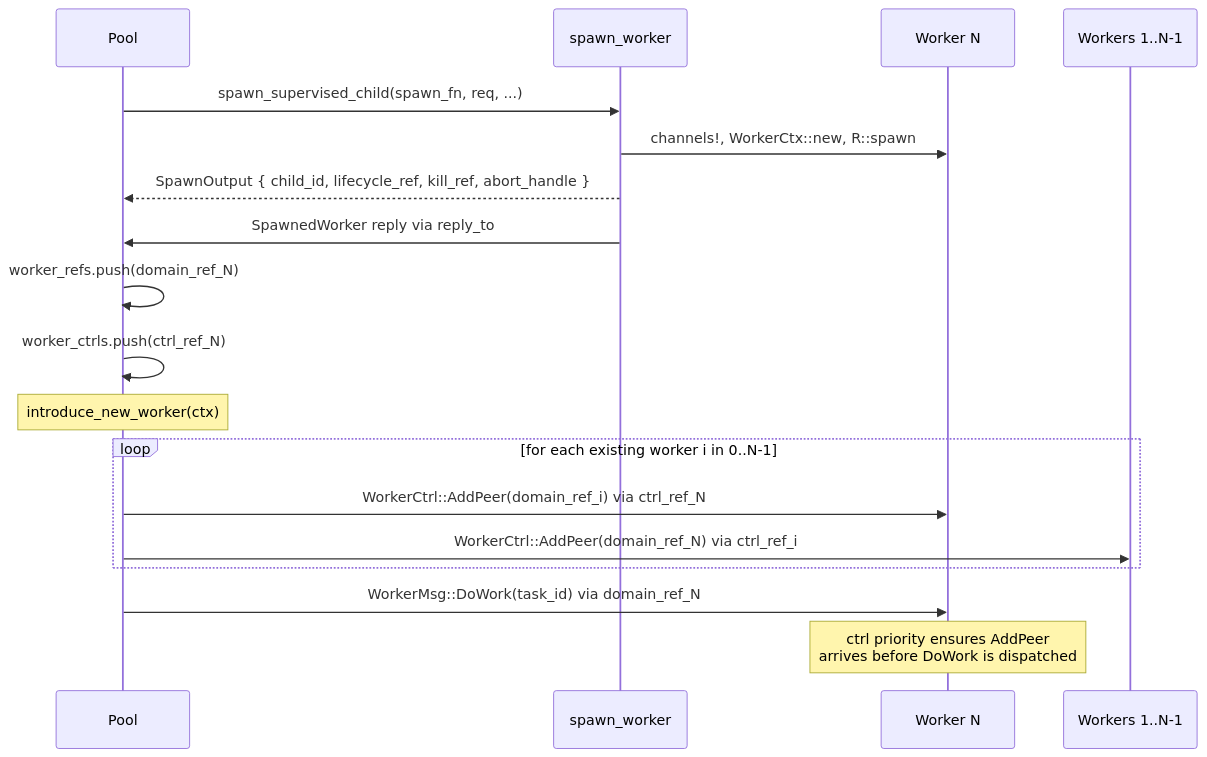
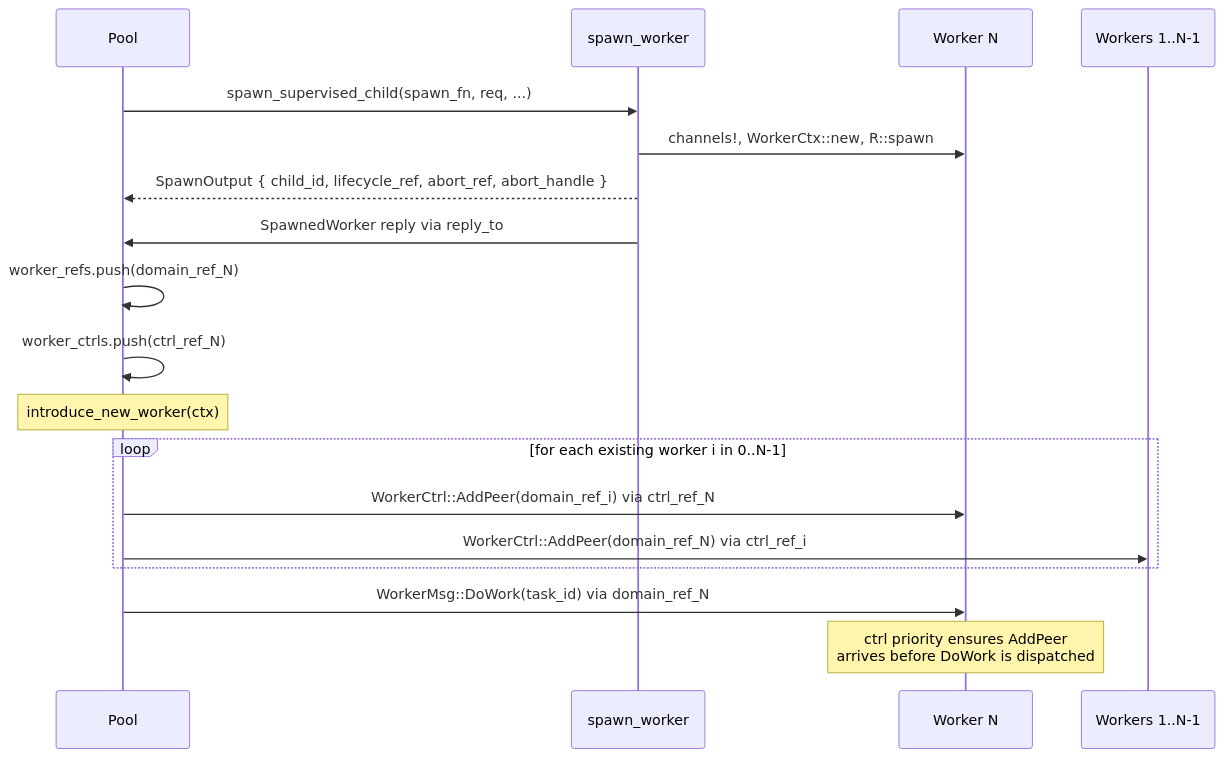
Before and after one commit to bloxide-com/bloxide: the first of 2 diagrams in spec/architecture/18-spawn-architecture.md, drawn with Mermaid. The commit also changed other lines of this file and 1 other file, not shown here.

First line of the commit message:
docs: update 18-spawn-architecture and 08-supervision for four-level lifecycle

````diff
--- a/spec/architecture/18-spawn-architecture.md
+++ b/spec/architecture/18-spawn-architecture.md
@@ -996,24 +1029,24 @@
 ```mermaid
 sequenceDiagram
     participant Pool
     participant Factory as spawn_worker
     participant NewWorker as Worker N
     participant OldWorker as Workers 1..N-1
 
     Pool->>Factory: spawn_supervised_child(spawn_fn, req, ...)
     Factory->>NewWorker: channels!, WorkerCtx::new, R::spawn
-    Factory-->>Pool: SpawnOutput { child_id, lifecycle_ref, kill_ref, abort_handle }
+    Factory-->>Pool: SpawnOutput { child_id, lifecycle_ref, abort_ref, abort_handle }
     Factory->>Pool: SpawnedWorker reply via reply_to
 
     Pool->>Pool: worker_refs.push(domain_ref_N)
     Pool->>Pool: worker_ctrls.push(ctrl_ref_N)
 
     Note over Pool: introduce_new_worker(ctx)
     loop for each existing worker i in 0..N-1
         Pool->>NewWorker: WorkerCtrl::AddPeer(domain_ref_i) via ctrl_ref_N
         Pool->>OldWorker: WorkerCtrl::AddPeer(domain_ref_N) via ctrl_ref_i
     end
 
     Pool->>NewWorker: WorkerMsg::DoWork(task_id) via domain_ref_N
     Note over NewWorker: ctrl priority ensures AddPeer<br/>arrives before DoWork is dispatched
 ```
````
